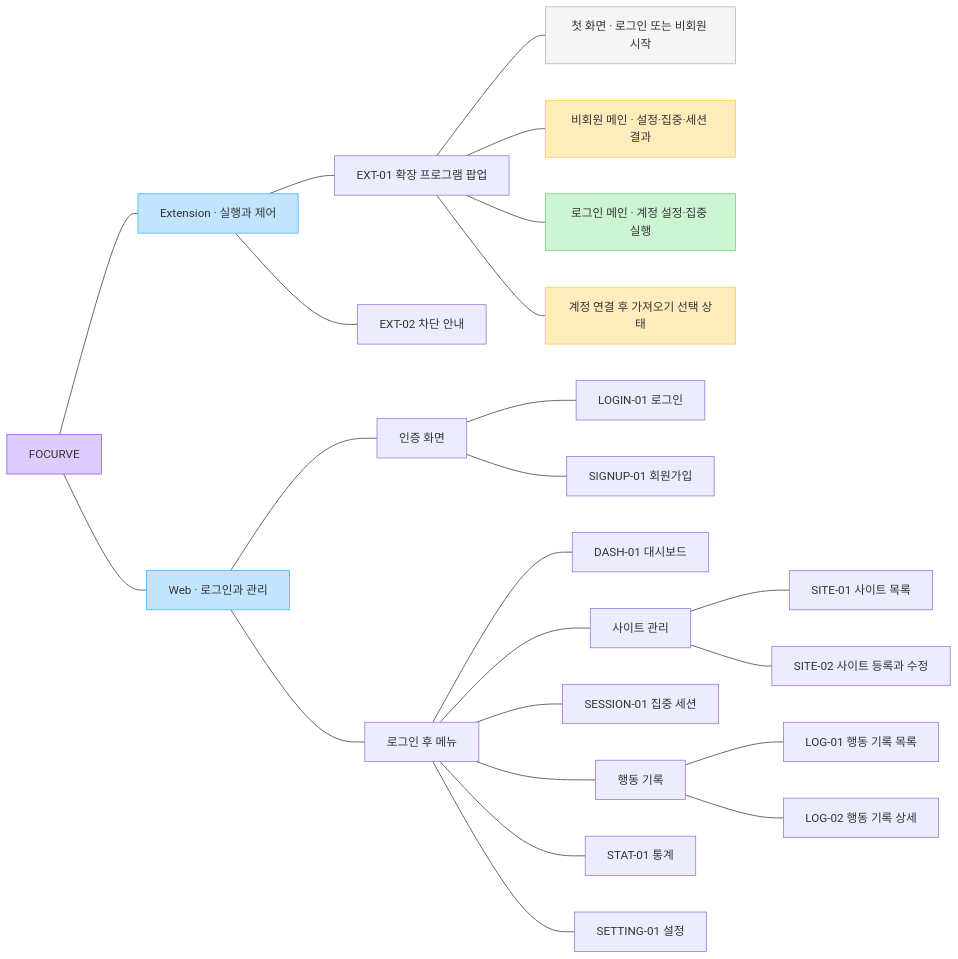
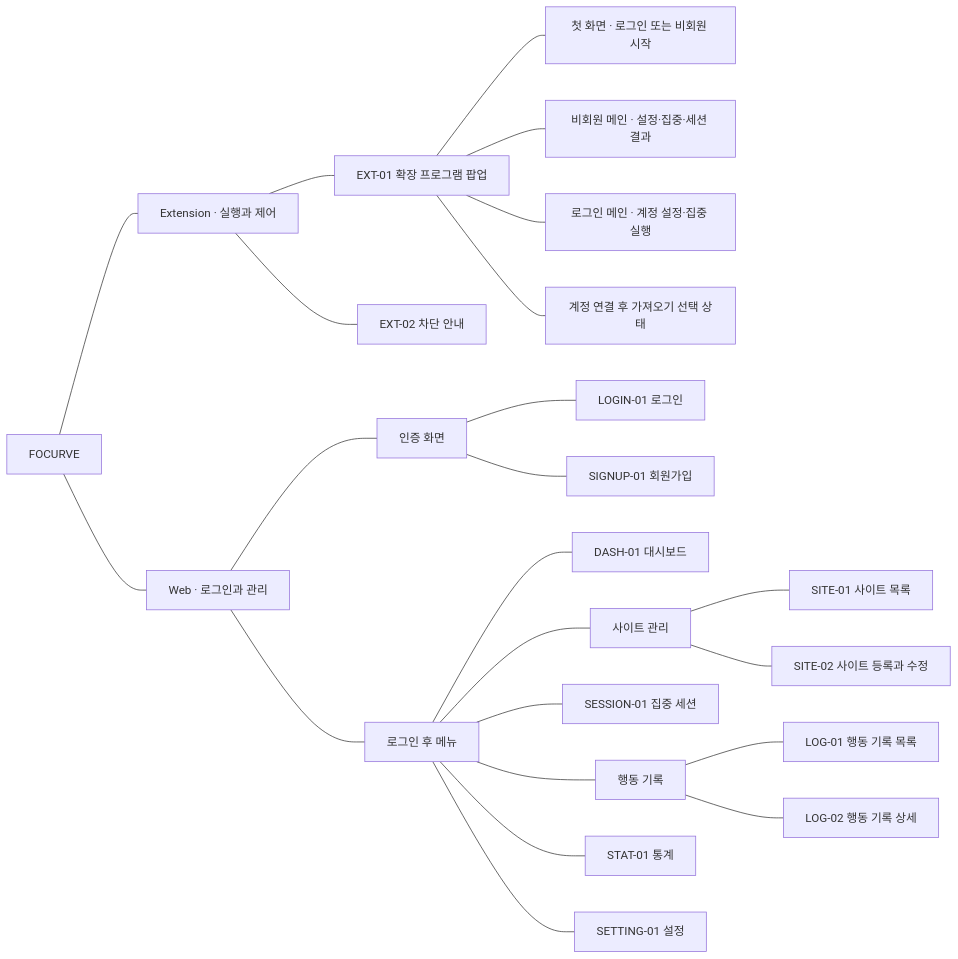
The diagram in docs/design/01_UX_기능설계/FOCURVE_IA_v1.2.md (kdu-sw-capstone/capstone-project), drawn with Mermaid before and after one commit. The commit also changed 34 other files, not shown here.

````diff
--- a/docs/design/01_UX_기능설계/FOCURVE_IA_v1.2.md
+++ b/docs/design/01_UX_기능설계/FOCURVE_IA_v1.2.md
@@ -34,57 +34,49 @@
 ```mermaid
 flowchart LR
     focurve["FOCURVE"]
     extension["Extension · 실행과 제어"]
     web["Web · 로그인과 관리"]
     popup["EXT-01 확장 프로그램 팝업"]
     blockGuide["EXT-02 차단 안내"]
     firstState["첫 화면 · 로그인 또는 비회원 시작"]
     guestState["비회원 메인 · 설정·집중·세션 결과"]
     memberState["로그인 메인 · 계정 설정·집중 실행"]
     importState["계정 연결 후 가져오기 선택 상태"]
     authGroup["인증 화면"]
     login["LOGIN-01 로그인"]
     signup["SIGNUP-01 회원가입"]
     accountMenu["로그인 후 메뉴"]
     dashboard["DASH-01 대시보드"]
     siteGroup["사이트 관리"]
     siteList["SITE-01 사이트 목록"]
     siteEditor["SITE-02 사이트 등록과 수정"]
     session["SESSION-01 집중 세션"]
     logGroup["행동 기록"]
     logList["LOG-01 행동 기록 목록"]
     logDetail["LOG-02 행동 기록 상세"]
     statistics["STAT-01 통계"]
     settings["SETTING-01 설정"]
 
     focurve --- extension
     focurve --- web
     extension --- popup
     extension --- blockGuide
     popup --- firstState
     popup --- guestState
     popup --- memberState
     popup --- importState
     web --- authGroup
     web --- accountMenu
     authGroup --- login
     authGroup --- signup
     accountMenu --- dashboard
     accountMenu --- siteGroup
     accountMenu --- session
     accountMenu --- logGroup
     accountMenu --- statistics
     accountMenu --- settings
     siteGroup --- siteList
     siteGroup --- siteEditor
     logGroup --- logList
     logGroup --- logDetail
-
-    style focurve fill:#DCCCFF,stroke:#874FFF
-    style extension fill:#C2E5FF,stroke:#3DADFF
-    style web fill:#C2E5FF,stroke:#3DADFF
-    style guestState fill:#FFECBD,stroke:#FFC943
-    style importState fill:#FFECBD,stroke:#FFC943
-    style memberState fill:#CDF4D3,stroke:#66D575
-    style firstState fill:#F5F5F5,stroke:#B3B3B3
 ```
````
